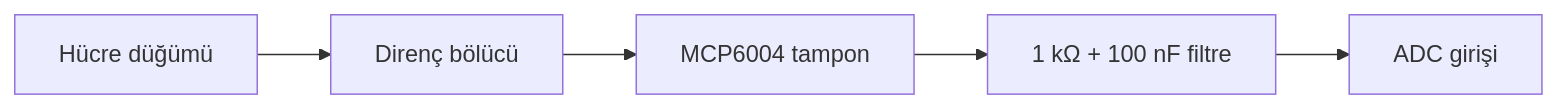
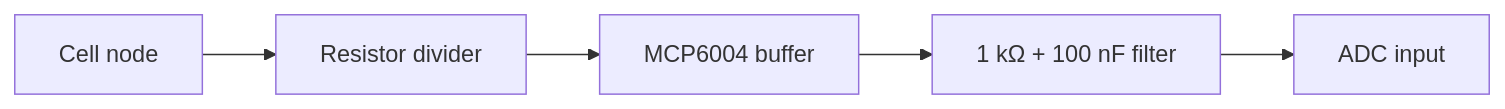
One commit to meyubcan/stm32-4s-bms-home-automation changed the fourth of 6 diagrams in README.md. Above: the diagram before and after it, drawn with Mermaid. The commit also changed other lines of this file and 1 other file, not shown here.

````diff
--- a/README.md
+++ b/README.md
@@ -122,4 +138,4 @@
 ```mermaid
 flowchart LR
-    N[Hücre düğümü] --> D[Direnç bölücü] --> O[MCP6004 tampon] --> F[1 kΩ + 100 nF filtre] --> A[ADC girişi]
+    N[Cell node] --> D[Resistor divider] --> O[MCP6004 buffer] --> F[1 kΩ + 100 nF filter] --> A[ADC input]
 ```
````
